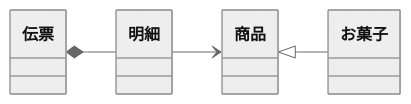
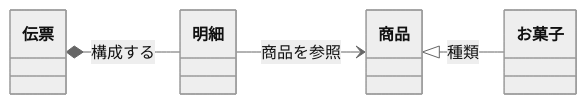
Before and after one commit to specdojo/spec-dojo-handbook: the second of 4 diagrams in docs/project/010-業務仕様/020-概念クラス図/mermaid-ccd-rules.md, drawn with Mermaid (neutral theme). The commit also changed other lines of this file and 3 other files, not shown here.

Commit message:
feat: 概念クラス図作成ルール修正と概念クラス図初版の修正

````diff
--- a/docs/project/010-業務仕様/020-概念クラス図/mermaid-ccd-rules.md
+++ b/docs/project/010-業務仕様/020-概念クラス図/mermaid-ccd-rules.md
@@ -81,7 +86,7 @@
 ```mermaid
 classDiagram
 direction LR
-商品 <|-- お菓子
-伝票 *-- 明細
-明細 --> 商品
+商品 <|-- お菓子 : 種類
+伝票 *-- 明細 : 構成する
+明細 --> 商品 : 商品を参照
 ```
````
